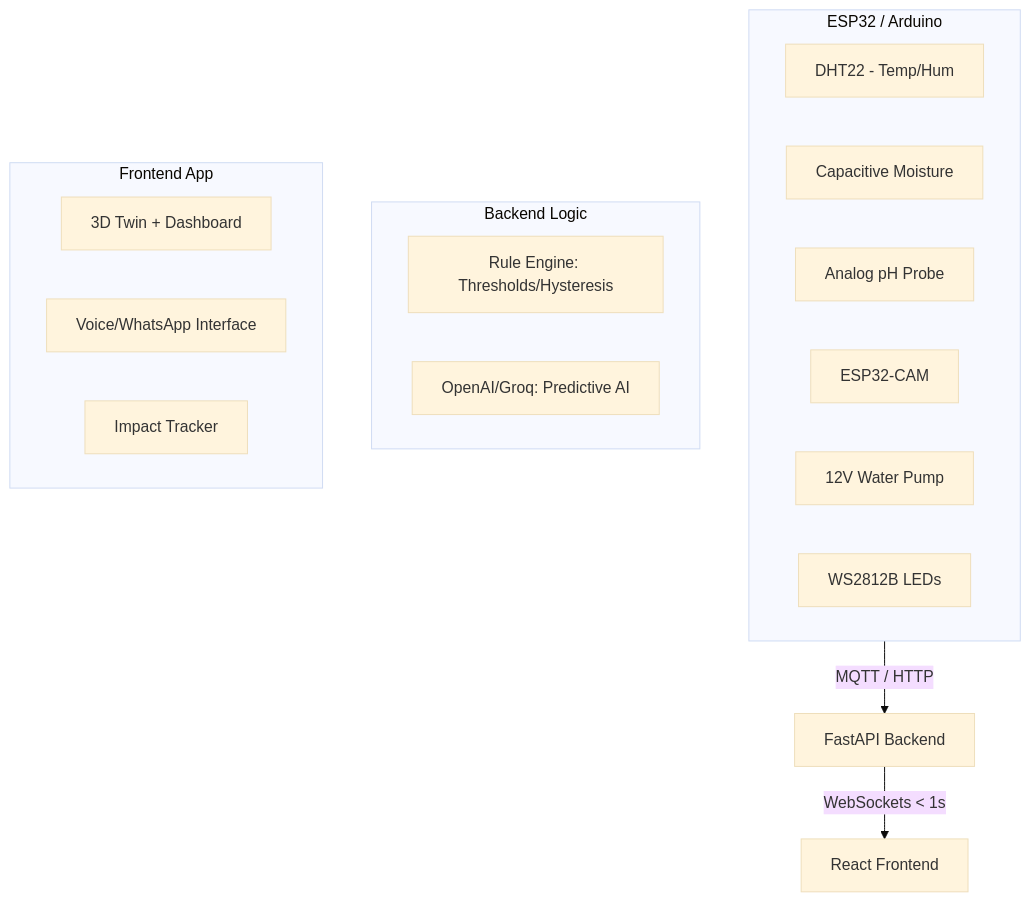
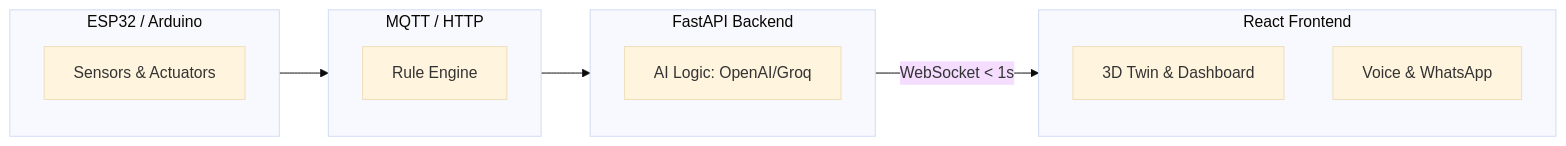
The diagram in README.md (JY156/UTMxHackathon_AuraFarm), drawn with Mermaid (base theme) before and after one commit.

Commit message:
docs fix: tally the system arch with slide

````diff
--- a/README.md
+++ b/README.md
@@ -38,26 +38,27 @@
 ```mermaid
-graph TD
+graph LR
     subgraph Hardware [ESP32 / Arduino]
-        S1[DHT22 - Temp/Hum]
-        S2[Capacitive Moisture]
-        S3[Analog pH Probe]
-        S4[ESP32-CAM]
-        A1[12V Water Pump]
-        A2[WS2812B LEDs]
+        direction TB
+        S[Sensors & Actuators]
     end
 
-    Hardware -- MQTT / HTTP --> Backend[FastAPI Backend]
-    
-    subgraph Backend Logic
-        RE[Rule Engine: Thresholds/Hysteresis]
-        AI[OpenAI/Groq: Predictive AI]
+    subgraph Transport [MQTT / HTTP]
+        direction TB
+        RE[Rule Engine]
     end
-    
-    Backend -- WebSockets < 1s --> Frontend[React Frontend]
-    
-    subgraph Frontend App
-        DT[3D Twin + Dashboard]
-        VC[Voice/WhatsApp Interface]
-        IT[Impact Tracker]
+
+    subgraph Backend [FastAPI Backend]
+        direction TB
+        AI[AI Logic: OpenAI/Groq]
     end
+
+    subgraph Frontend [React Frontend]
+        direction TB
+        UI[3D Twin & Dashboard]
+        VC[Voice & WhatsApp]
+    end
+
+    Hardware --> RE
+    RE --> Backend
+    Backend -- "WebSocket < 1s" --> Frontend
 ```
````
